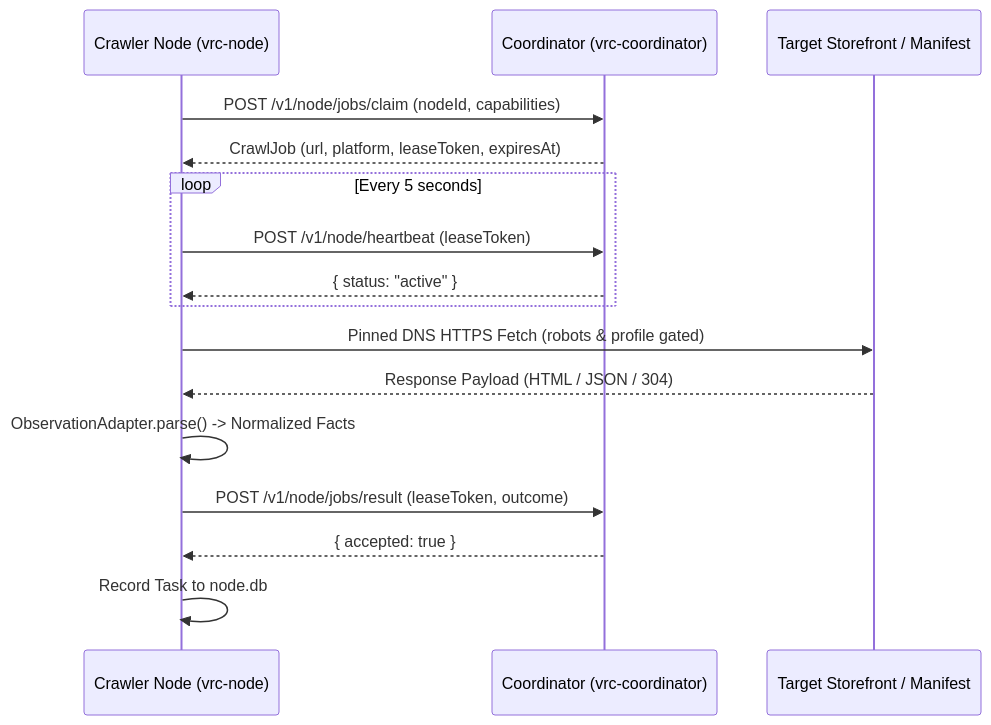
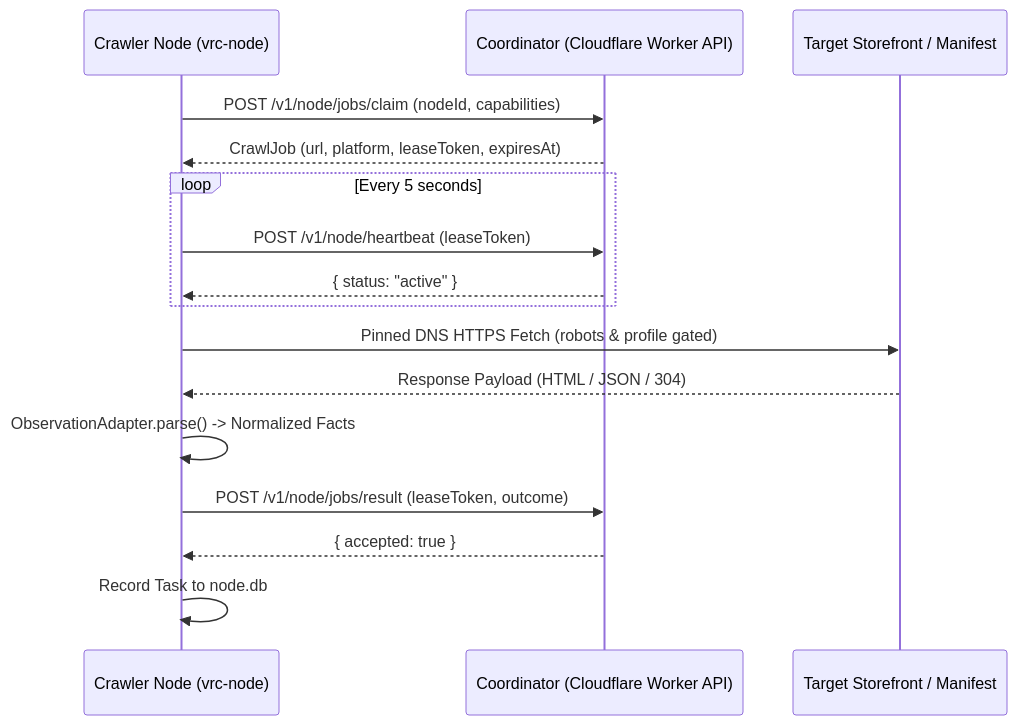
One commit to SlamTheDragon/vrc-package-crawler changed the diagram in docs/source/SPECIFICATION_CRAWLER_CLIENT.md. Above: the diagram before and after it, drawn with Mermaid. The commit also changed other lines of this file and 125 other files, not shown here.

````diff
--- a/docs/source/SPECIFICATION_CRAWLER_CLIENT.md
+++ b/docs/source/SPECIFICATION_CRAWLER_CLIENT.md
@@ -34,19 +34,19 @@
 ```mermaid
 sequenceDiagram
     participant Node as Crawler Node (vrc-node)
-    participant Coord as Coordinator (vrc-coordinator)
+    participant Coord as Coordinator (Cloudflare Worker API)
     participant Origin as Target Storefront / Manifest
 
     Node->>Coord: POST /v1/node/jobs/claim (nodeId, capabilities)
     Coord-->>Node: CrawlJob (url, platform, leaseToken, expiresAt)
     loop Every 5 seconds
         Node->>Coord: POST /v1/node/heartbeat (leaseToken)
         Coord-->>Node: { status: "active" }
     end
     Node->>Origin: Pinned DNS HTTPS Fetch (robots & profile gated)
     Origin-->>Node: Response Payload (HTML / JSON / 304)
     Node->>Node: ObservationAdapter.parse() -> Normalized Facts
     Node->>Coord: POST /v1/node/jobs/result (leaseToken, outcome)
     Coord-->>Node: { accepted: true }
     Node->>Node: Record Task to node.db
 ```
````
